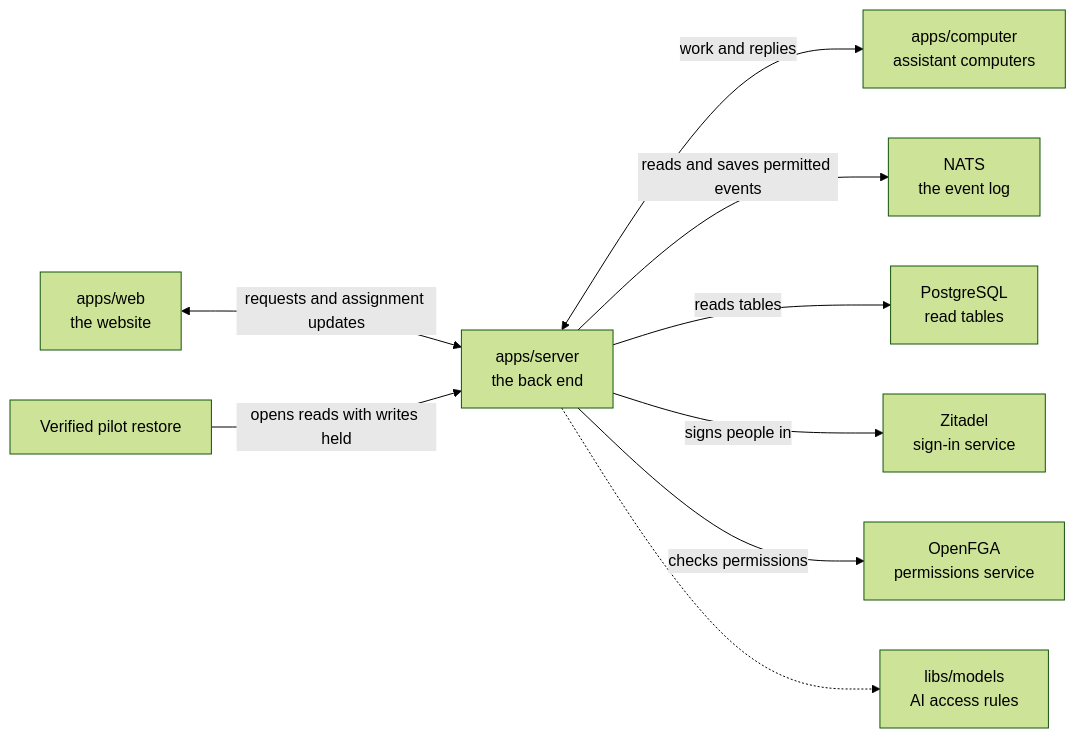
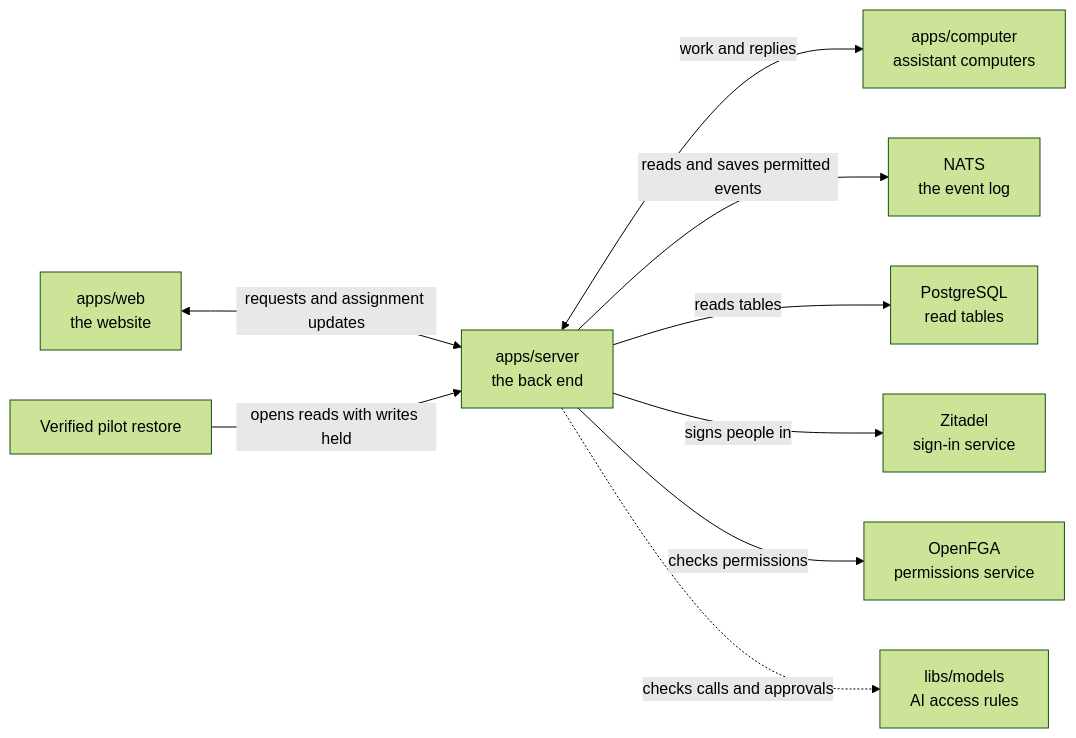
Before and after one commit to elewa-git/opencrane-new: the diagram in apps/server/README.md, drawn with Mermaid (forest theme). The commit also changed other lines of this file and 105 other files, not shown here.

````diff
--- a/apps/server/README.md
+++ b/apps/server/README.md
@@ -19,11 +19,11 @@
 ```mermaid
 flowchart LR
   web["apps/web<br/>the website"] <-->|requests and assignment updates| server["apps/server<br/>the back end"]
   server <-->|work and replies| computer["apps/computer<br/>assistant computers"]
   server -->|reads and saves permitted events| nats["NATS<br/>the event log"]
   server -->|reads tables| postgres["PostgreSQL<br/>read tables"]
   server -->|signs people in| zitadel["Zitadel<br/>sign-in service"]
   server -->|checks permissions| openfga["OpenFGA<br/>permissions service"]
   restore["Verified pilot restore"] -->|opens reads with writes held| server
-  server -.-> models["libs/models<br/>AI access rules"]
+  server -.->|checks calls and approvals| models["libs/models<br/>AI access rules"]
 ```
````
